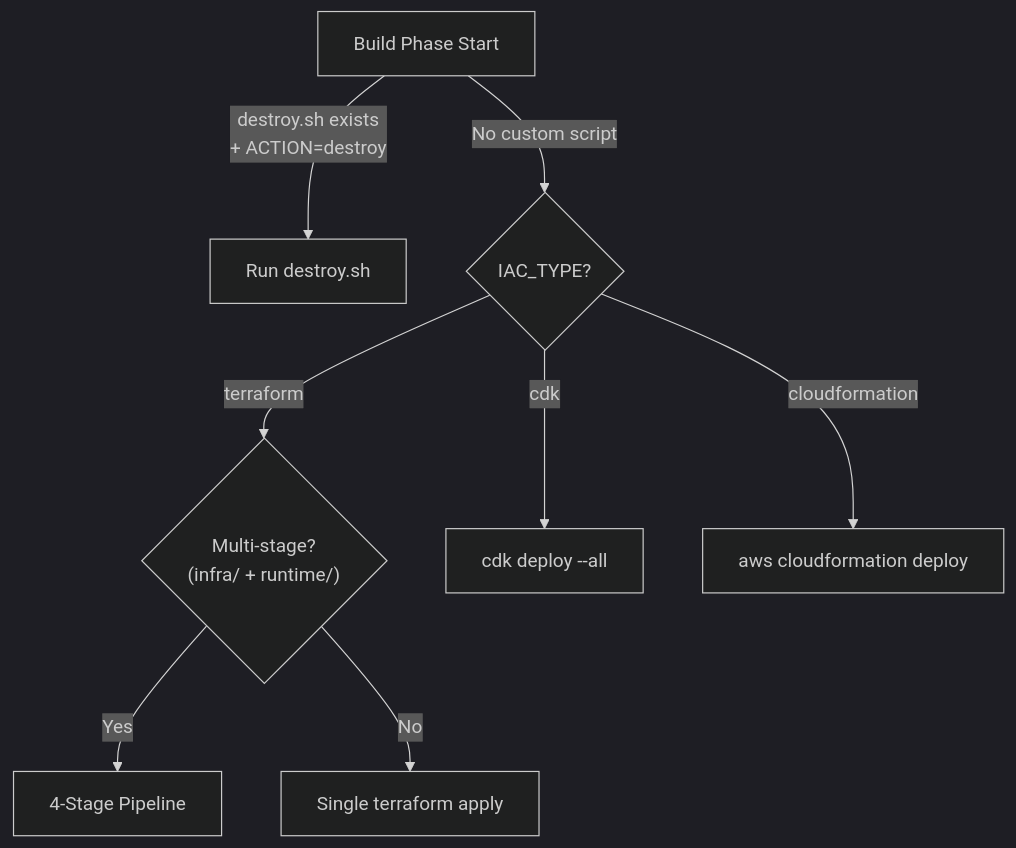
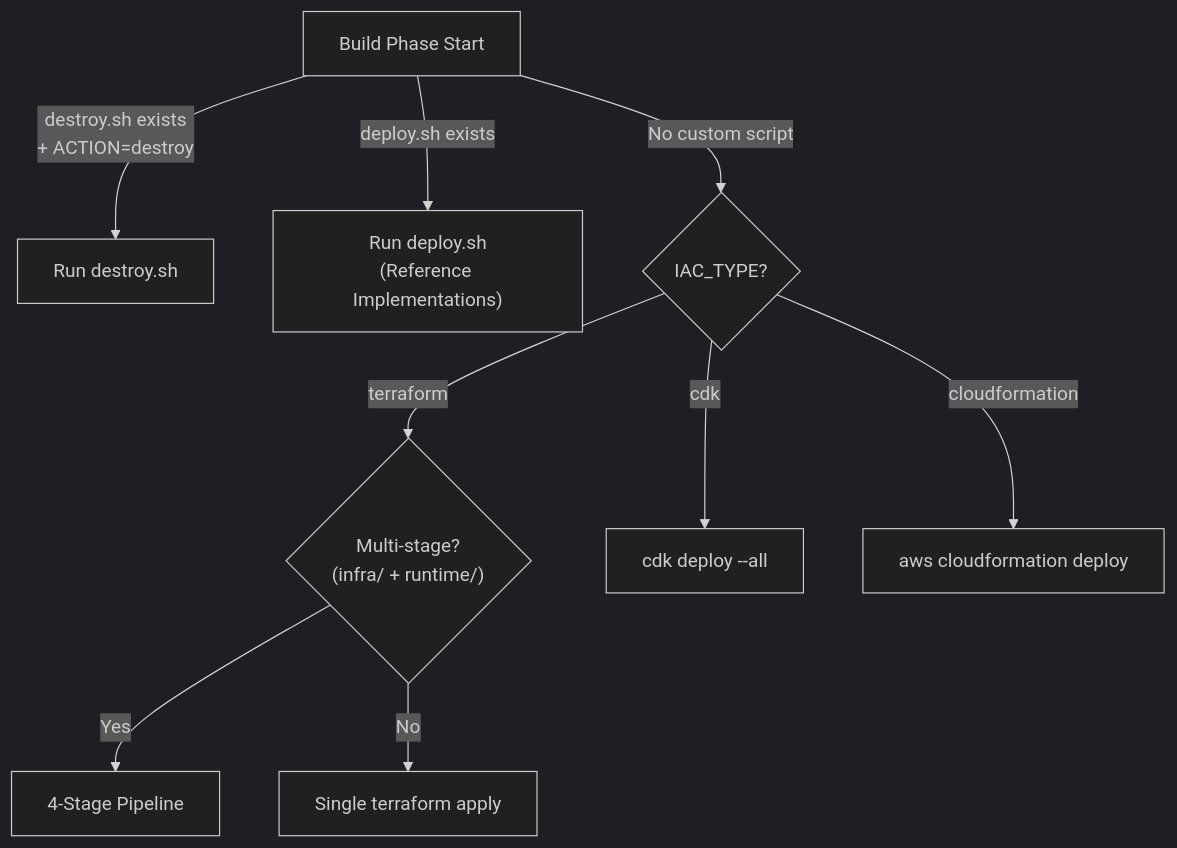
Before and after one commit to cevoaustralia/sample-agentic-value-accelerator: the second of 3 diagrams in platform/docs/architecture/cicd-pipeline.md, drawn with Mermaid (dark theme). The commit also changed other lines of this file and 12 other files, not shown here.

First line of the commit message:
docs: v2.0 READMEs, architecture docs, and project-wide gitignore

````diff
--- a/platform/docs/architecture/cicd-pipeline.md
+++ b/platform/docs/architecture/cicd-pipeline.md
@@ -92,14 +133,15 @@
 ```mermaid
 flowchart TD
     Start["Build Phase Start"]
     
     Start -->|"destroy.sh exists<br/>+ ACTION=destroy"| Destroy["Run destroy.sh"]
+    Start -->|"deploy.sh exists"| Custom["Run deploy.sh<br/>(Reference Implementations)"]
     Start -->|"No custom script"| IaC{"IAC_TYPE?"}
     
     IaC -->|"terraform"| TF{"Multi-stage?<br/>(infra/ + runtime/)"}
     IaC -->|"cdk"| CDK["cdk deploy --all"]
     IaC -->|"cloudformation"| CFN["aws cloudformation deploy"]
     
     TF -->|"Yes"| MultiStage["4-Stage Pipeline"]
     TF -->|"No"| SingleTF["Single terraform apply"]
 ```
````
